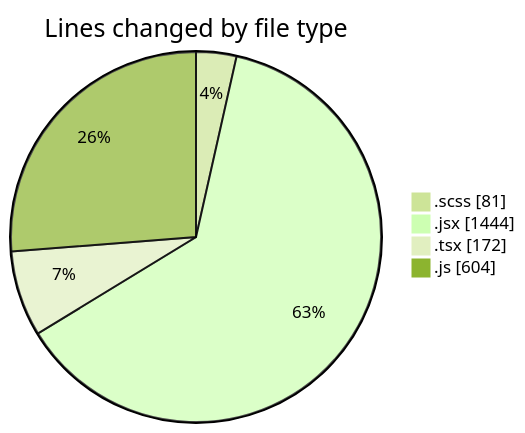
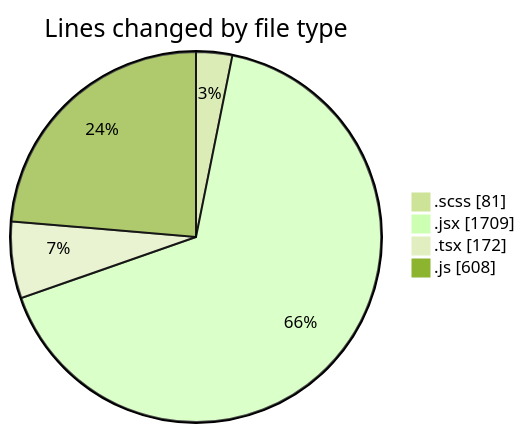
The first of 2 diagrams in 2025-06-03/cda/README.md (momahboobian/code-tracking), drawn with Mermaid (forest theme) before and after one commit. The commit also changed other lines of this file and 1 other file, not shown here.

````diff
--- a/2025-06-03/cda/README.md
+++ b/2025-06-03/cda/README.md
@@ -25,8 +25,8 @@
 ```mermaid
 pie showData
 title Lines changed by file type
 ".scss" : 81
-".jsx" : 1444
+".jsx" : 1709
 ".tsx" : 172
-".js" : 604
+".js" : 608
 ```
````
